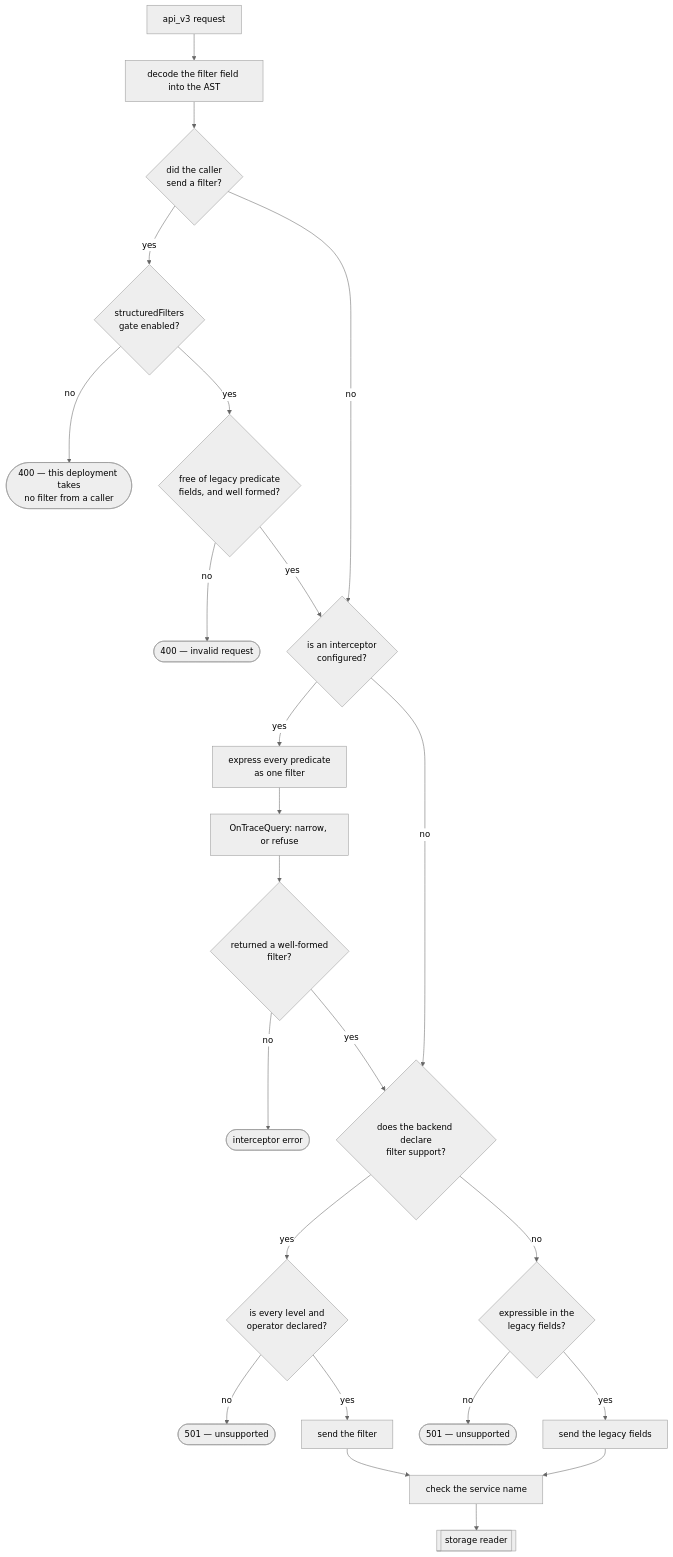
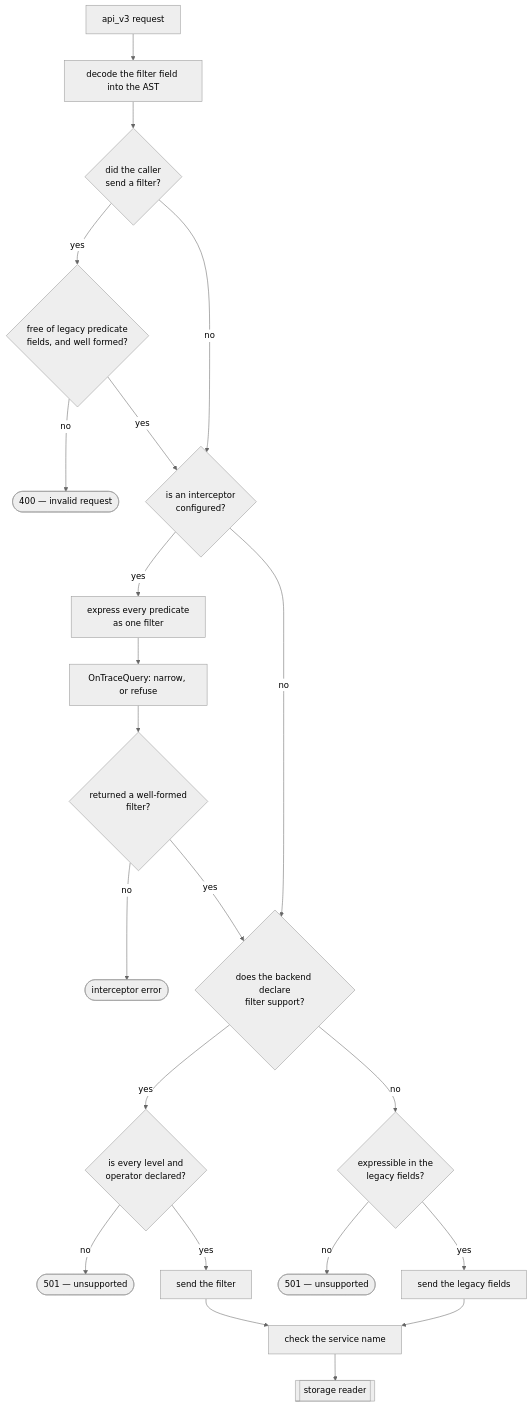
The diagram in docs/rfc/0005-structured-query-filters.md (jaegertracing/jaeger), drawn with Mermaid (neutral theme) before and after one commit. The commit also changed other lines of this file and 19 other files, not shown here.

First line of the commit message:
feat(query): Promote the structured filters gate to Stable

````diff
--- a/docs/rfc/0005-structured-query-filters.md
+++ b/docs/rfc/0005-structured-query-filters.md
@@ -560,33 +558,31 @@
 ```mermaid
 flowchart TB
     req["api_v3 request"] --> decode["decode the filter field into the AST"]
     decode --> hasFilter{"did the caller<br/>send a filter?"}
 
-    hasFilter -->|yes| gate{"structuredFilters<br/>gate enabled?"}
-    gate -->|no| refuseGate(["400 — this deployment takes<br/>no filter from a caller"])
-    gate -->|yes| checks{"free of legacy predicate<br/>fields, and well formed?"}
+    hasFilter -->|yes| checks{"free of legacy predicate<br/>fields, and well formed?"}
     checks -->|no| refuseBad(["400 — invalid request"])
 
     hasFilter -->|no| ic{"is an interceptor<br/>configured?"}
     checks -->|yes| ic
 
     ic -->|yes| toFilter["express every predicate<br/>as one filter"]
     toFilter --> onQuery["OnTraceQuery: narrow, or refuse"]
     onQuery --> icOK{"returned a well-formed<br/>filter?"}
     icOK -->|no| refuseIc(["interceptor error"])
 
     ic -->|no| declares{"does the backend declare<br/>filter support?"}
     icOK -->|yes| declares
 
     declares -->|yes| supported{"is every level and<br/>operator declared?"}
     supported -->|no| refuseCap(["501 — unsupported"])
     supported -->|yes| sendFilter["send the filter"]
 
     declares -->|no| lower{"expressible in the<br/>legacy fields?"}
     lower -->|no| refuseLower(["501 — unsupported"])
     lower -->|yes| sendLegacy["send the legacy fields"]
 
     sendFilter --> svcName["check the service name"]
     sendLegacy --> svcName
     svcName --> storage[["storage reader"]]
 ```
````
